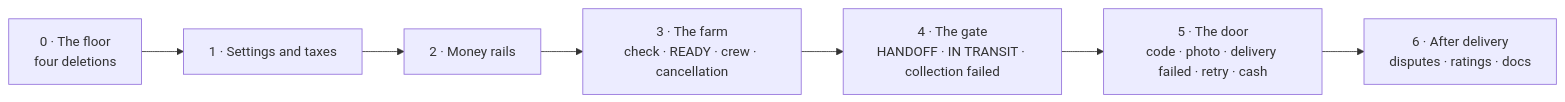
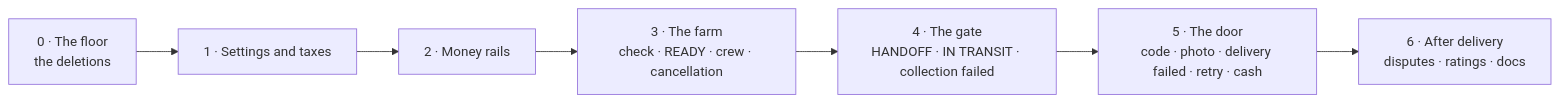
The diagram in docs/domain/order-delivery-flow-v2-build-order.md (cropdoor/cropdoor-almanac), drawn with Mermaid before and after one commit. The commit also changed other lines of this file, not shown here.

````diff
--- a/docs/domain/order-delivery-flow-v2-build-order.md
+++ b/docs/domain/order-delivery-flow-v2-build-order.md
@@ -15,9 +15,9 @@
 ```mermaid
 flowchart LR
-    S0[0 · The floor<br/>four deletions] --> S1[1 · Settings and taxes]
+    S0[0 · The floor<br/>the deletions] --> S1[1 · Settings and taxes]
     S1 --> S2[2 · Money rails]
     S2 --> S3[3 · The farm<br/>check · READY · crew · cancellation]
     S3 --> S4[4 · The gate<br/>HANDOFF · IN TRANSIT · collection failed]
     S4 --> S5[5 · The door<br/>code · photo · delivery failed · retry · cash]
     S5 --> S6[6 · After delivery<br/>disputes · ratings · docs]
 ```
````
